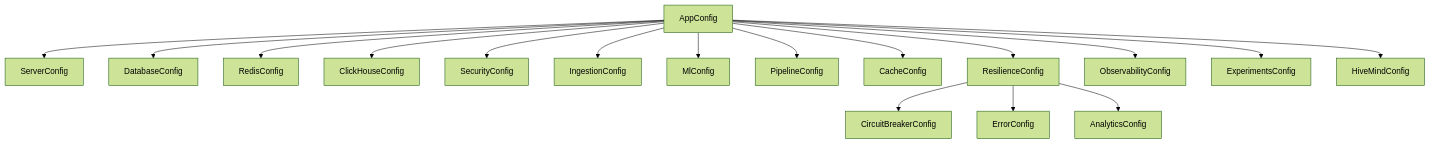
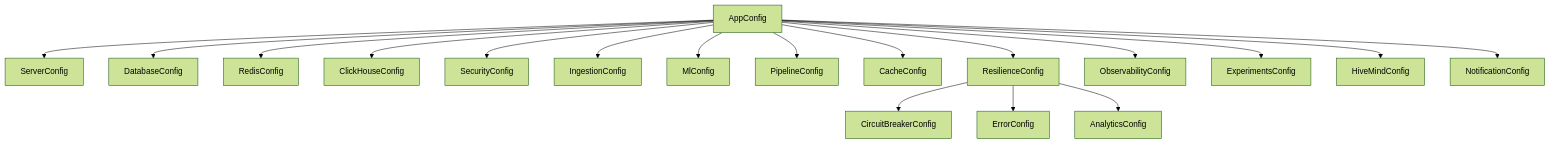
The diagram in src/config/types/README.md (adiozdaniel/bongas-ai), drawn with Mermaid (forest theme) before and after one commit. The commit also changed 7 other files, not shown here.

First line of the commit message:
config(notification): define sovereign Resend parameters

````diff
--- a/src/config/types/README.md
+++ b/src/config/types/README.md
@@ -9,20 +9,21 @@
 ```mermaid
 graph TD
     App[AppConfig] --> S[ServerConfig]
     App --> D[DatabaseConfig]
     App --> Redis[RedisConfig]
     App --> CH[ClickHouseConfig]
     App --> Sec[SecurityConfig]
     App --> I[IngestionConfig]
     App --> M[MlConfig]
     App --> P[PipelineConfig]
     App --> C[CacheConfig]
     App --> R[ResilienceConfig]
     App --> Obs[ObservabilityConfig]
     App --> Exp[ExperimentsConfig]
     App --> HM[HiveMindConfig]
+    App --> Not[NotificationConfig]
     
     R --> CB[CircuitBreakerConfig]
     R --> E[ErrorConfig]
     R --> A[AnalyticsConfig]
 ```
````
